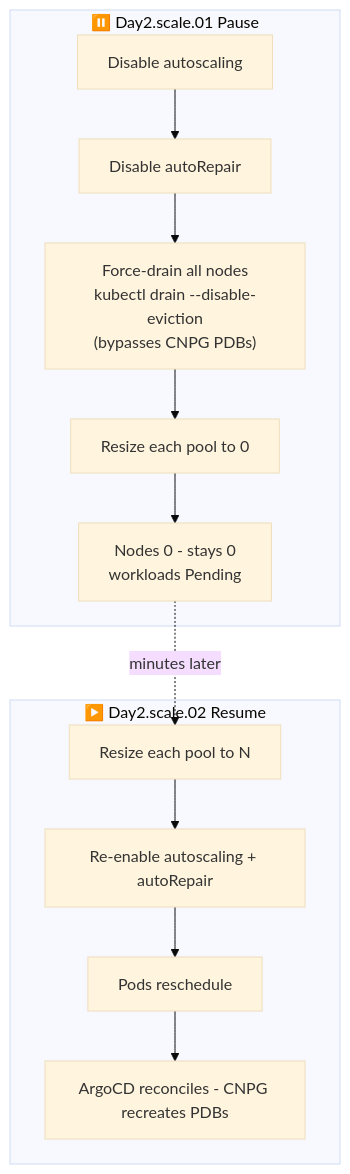
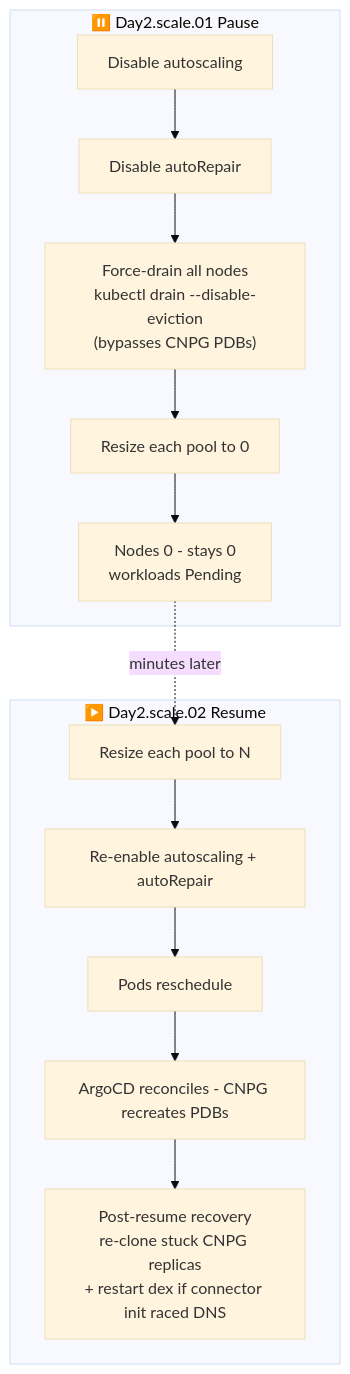
The first of 8 diagrams in docs/501-PLATFORM_OPERATIONS.md (nubenetes/jenkins-2026), drawn with Mermaid (base theme) before and after one commit. The commit also changed other lines of this file and 3 other files, not shown here.

First line of the commit message:
fix(scale): resume auto-heals post-resume init races (CNPG replicas + dex)

````diff
--- a/docs/501-PLATFORM_OPERATIONS.md
+++ b/docs/501-PLATFORM_OPERATIONS.md
@@ -30,15 +30,16 @@
 ```mermaid
 flowchart TD
   subgraph Pause["⏸️ Day2.scale.01 Pause"]
     P1[Disable autoscaling] --> P2[Disable autoRepair]
     P2 --> P3["Force-drain all nodes<br/>kubectl drain --disable-eviction<br/>(bypasses CNPG PDBs)"]
     P3 --> P4[Resize each pool to 0]
     P4 --> P5["Nodes 0 - stays 0<br/>workloads Pending"]
   end
   subgraph Resume["▶️ Day2.scale.02 Resume"]
     R1[Resize each pool to N] --> R2[Re-enable autoscaling + autoRepair]
     R2 --> R3[Pods reschedule]
     R3 --> R4[ArgoCD reconciles - CNPG recreates PDBs]
+    R4 --> R5["Post-resume recovery<br/>re-clone stuck CNPG replicas<br/>+ restart dex if connector init raced DNS"]
   end
   P5 -. "minutes later" .-> R1
 ```
````
